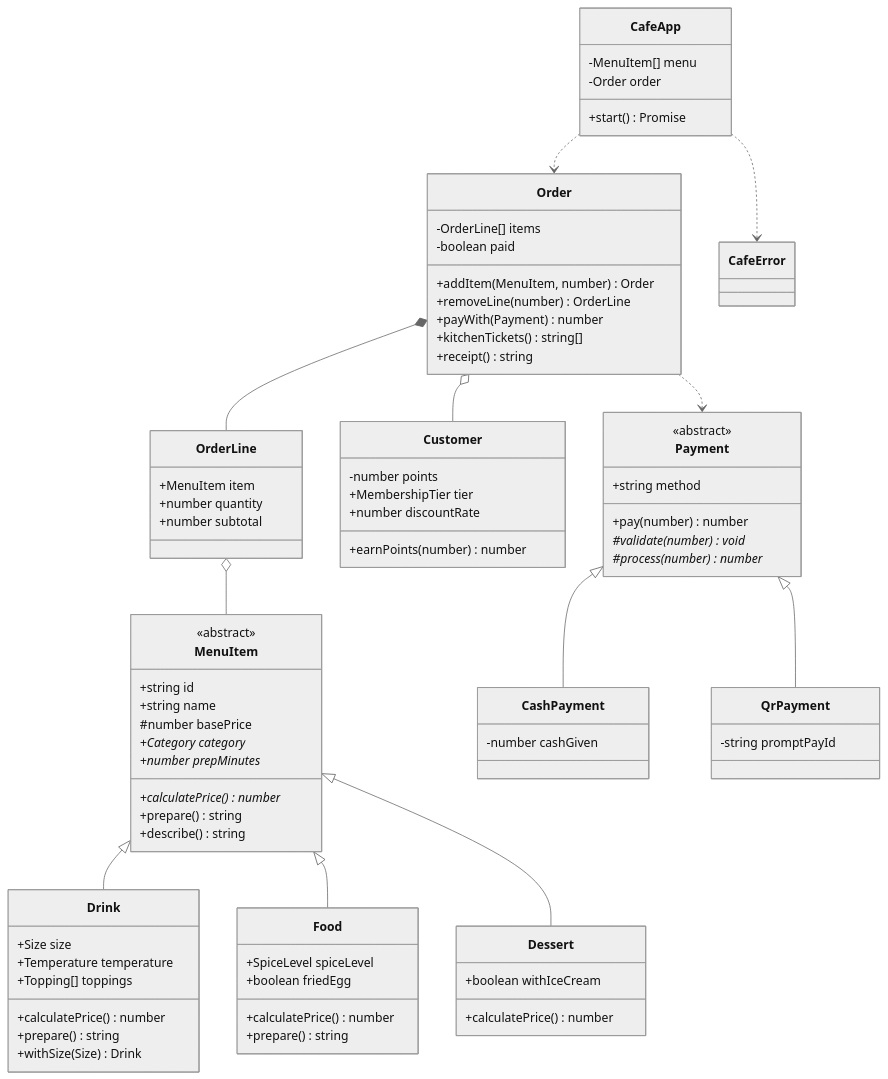
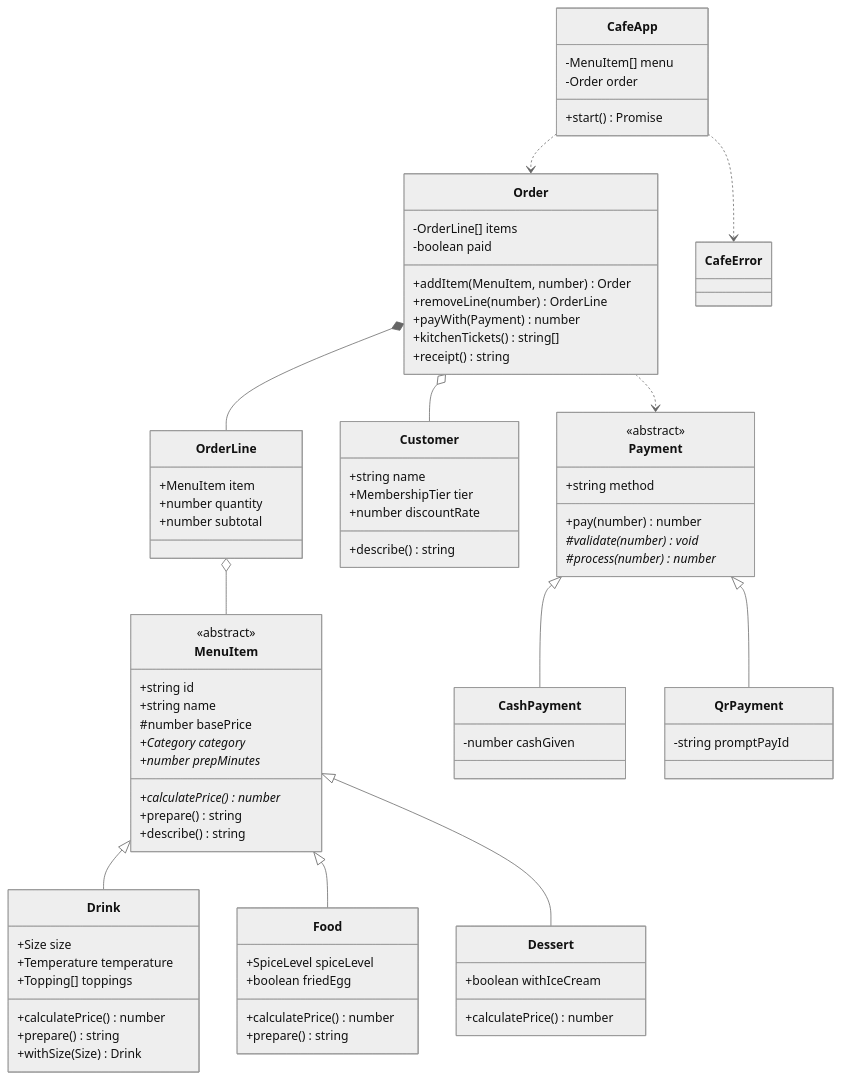
The diagram in README.md (Jester1478/ProjectOOP), drawn with Mermaid (neutral theme) before and after one commit. The commit also changed other lines of this file and 3 other files, not shown here.

```diff
--- a/README.md
+++ b/README.md
@@ -94,10 +94,10 @@
         +number subtotal
     }
     class Customer {
-        -number points
+        +string name
         +MembershipTier tier
         +number discountRate
-        +earnPoints(number) number
+        +describe() string
     }
 
     class Payment {
```
